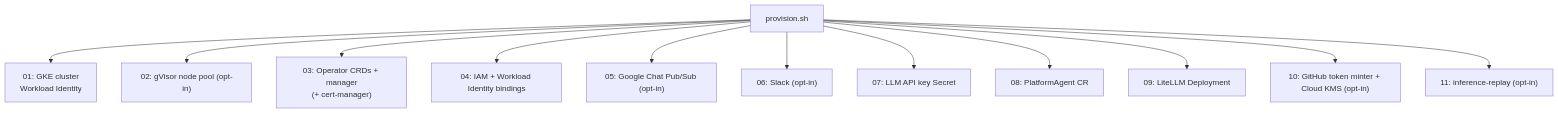
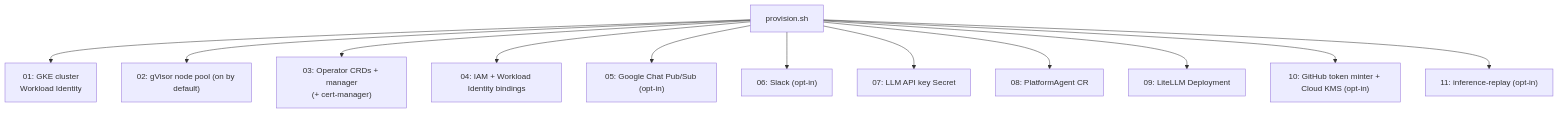
The diagram in docs/site/src/content/docs/install/quickstart-gke.mdx (AntonTyb/kube-agents), drawn with Mermaid before and after one commit. The commit also changed 12 other files, not shown here.

First line of the commit message:
fix(scripts): make the gVisor default survive redeploy, and pin it

````diff
--- a/docs/site/src/content/docs/install/quickstart-gke.mdx
+++ b/docs/site/src/content/docs/install/quickstart-gke.mdx
@@ -91,14 +91,14 @@
 ```mermaid
 flowchart TB
     A[provision.sh] --> B["01: GKE cluster<br/>Workload Identity"]
-    A --> C["02: gVisor node pool (opt-in)"]
+    A --> C["02: gVisor node pool (on by default)"]
     A --> D["03: Operator CRDs + manager<br/>(+ cert-manager)"]
     A --> E["04: IAM + Workload Identity bindings"]
     A --> F["05: Google Chat Pub/Sub (opt-in)"]
     A --> G["06: Slack (opt-in)"]
     A --> H["07: LLM API key Secret"]
     A --> I["08: PlatformAgent CR"]
     A --> J["09: LiteLLM Deployment"]
     A --> K["10: GitHub token minter + Cloud KMS (opt-in)"]
     A --> L["11: inference-replay (opt-in)"]
 ```
````
